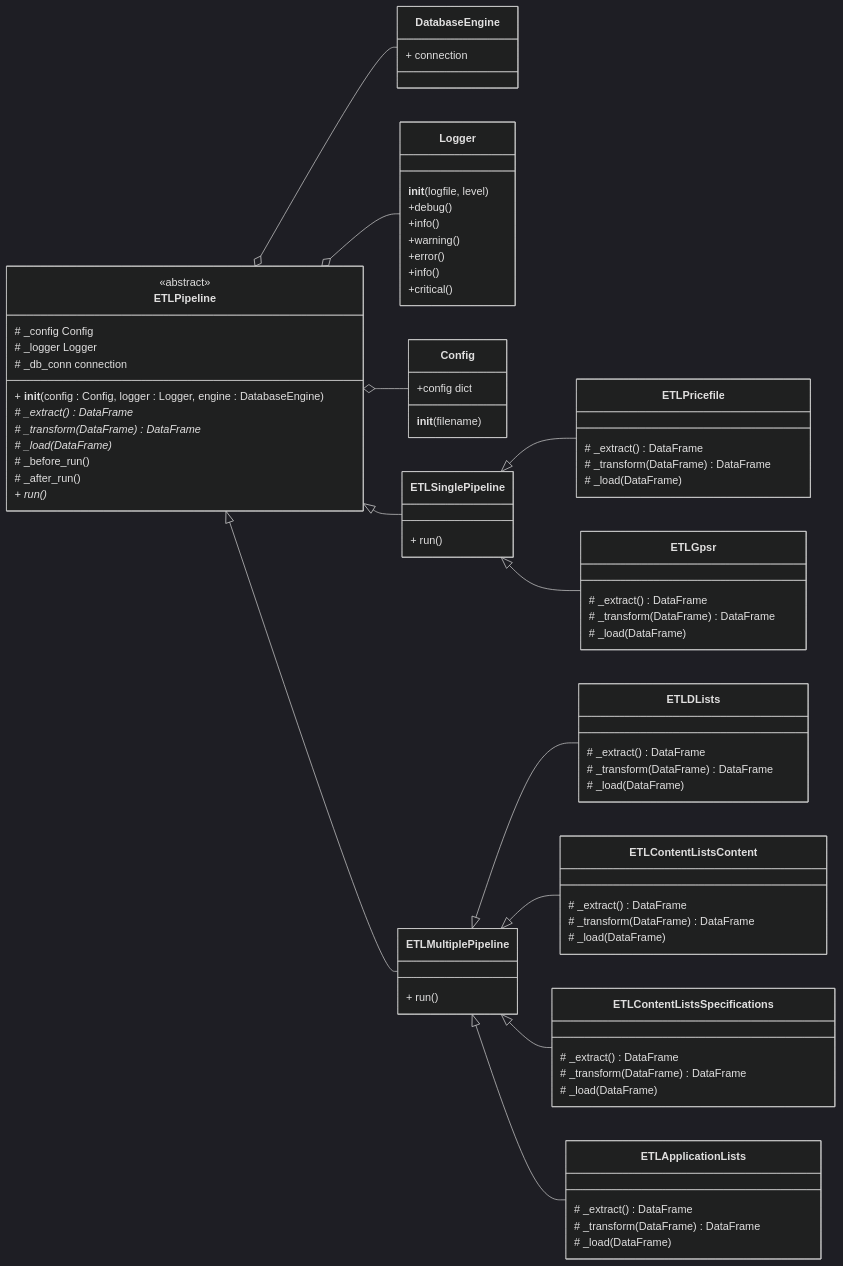
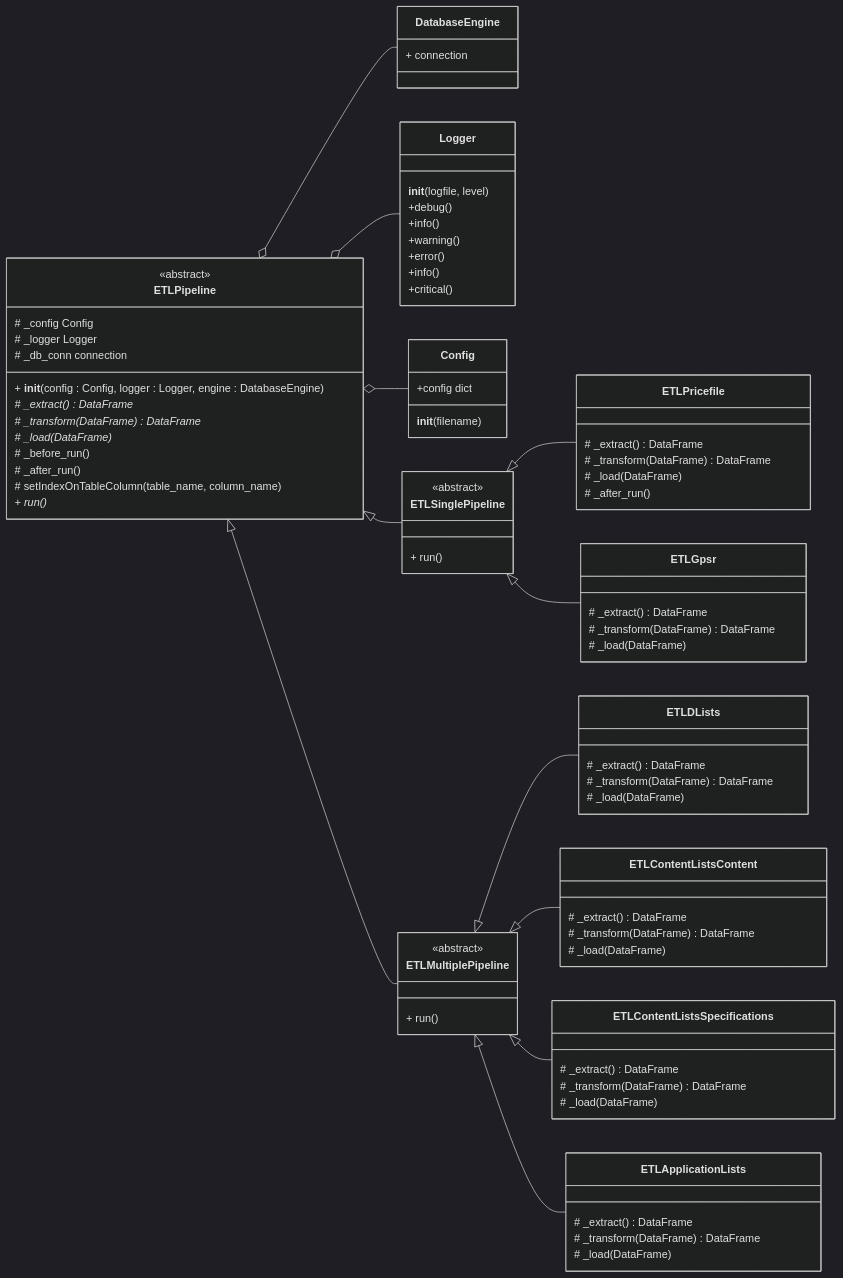
One commit to teses/python_cc_fsm2_kw28_etl changed the diagram in docs/uml-klassendiagramm.md. Above: the diagram before and after it, drawn with Mermaid (dark theme). The commit also changed 3 other files, not shown here.

```diff
--- a/docs/uml-klassendiagramm.md
+++ b/docs/uml-klassendiagramm.md
@@ -38,16 +38,17 @@
     # _before_run()
     # _after_run()
     
+    # setIndexOnTableColumn(table_name, column_name)
     + run()*
 }
 
 class ETLSinglePipeline { 
-    
+    <<abstract>>
     + run()
 }
 
 class ETLMultiplePipeline { 
-    
+    <<abstract>>
     + run()
 }
 
@@ -55,7 +56,8 @@
     # _extract() DataFrame 
     # _transform(DataFrame) DataFrame
     # _load(DataFrame)
-}
+    # _after_run()
+} 
 
 class ETLGpsr {
     # _extract() DataFrame 
```
